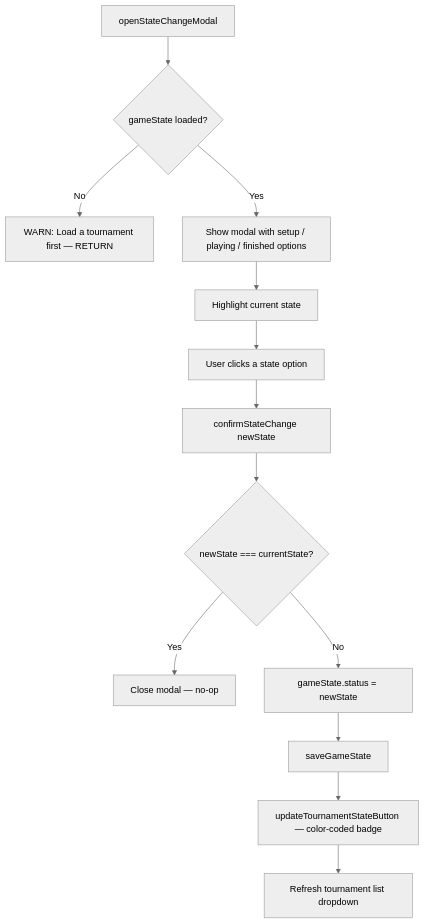
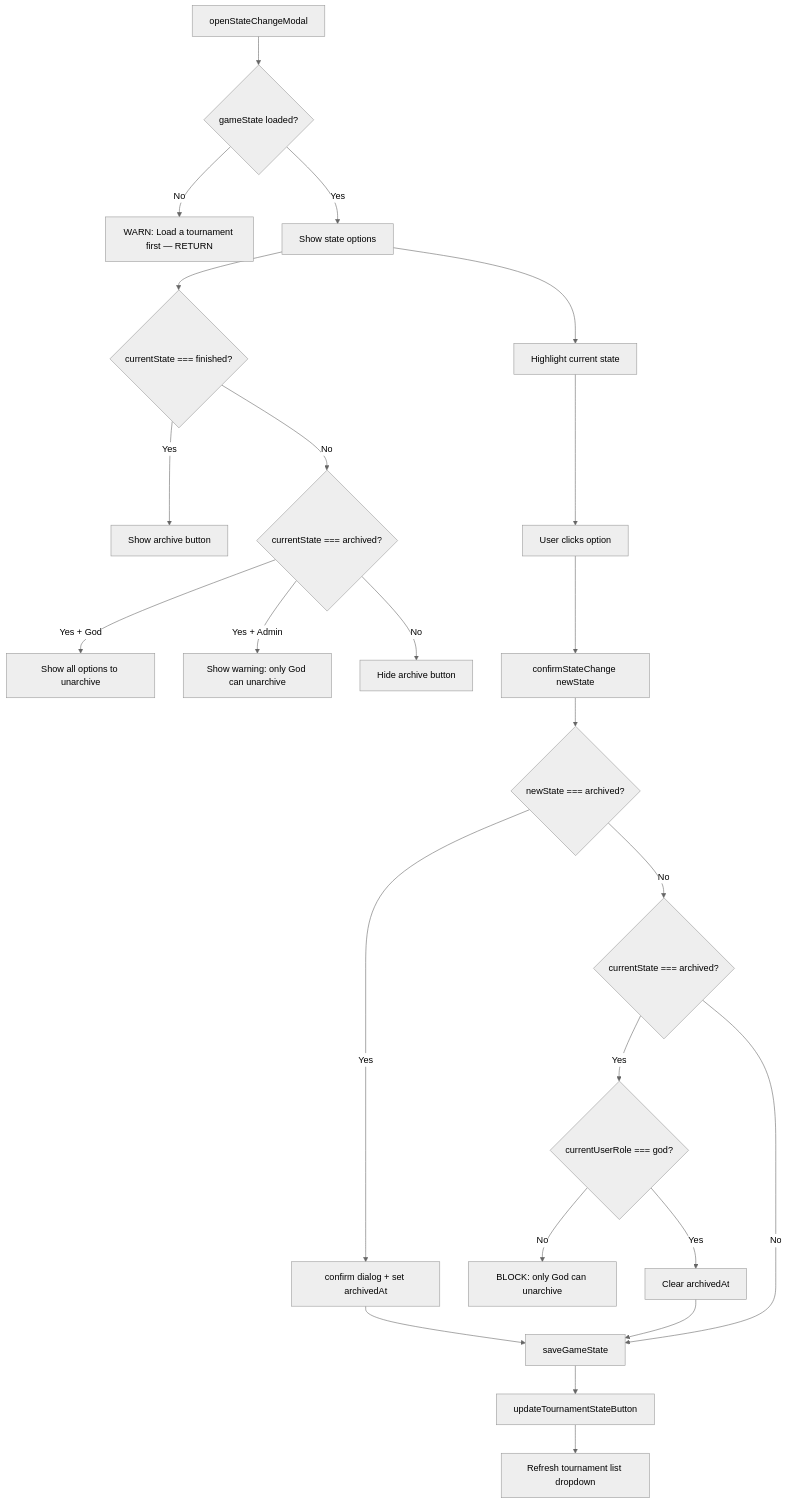
Before and after one commit to LNiitlahti/BoardGame: diagram 12 of 12 in BoardGame/docs/architecture/admin-lightweight.md, drawn with Mermaid (neutral theme). The commit also changed other lines of this file and 20 other files, not shown here.

````diff
--- a/BoardGame/docs/architecture/admin-lightweight.md
+++ b/BoardGame/docs/architecture/admin-lightweight.md
@@ -226,15 +234,26 @@
 ```mermaid
 flowchart TD
     A[openStateChangeModal] --> B{gameState loaded?}
     B -->|No| C[WARN: Load a tournament first — RETURN]
-    B -->|Yes| D[Show modal with setup / playing / finished options]
+    B -->|Yes| D[Show state options]
     D --> E[Highlight current state]
-    E --> F[User clicks a state option]
-    F --> G[confirmStateChange newState]
-    G --> H{newState === currentState?}
-    H -->|Yes| I[Close modal — no-op]
-    H -->|No| J[gameState.status = newState]
-    J --> K[saveGameState]
-    K --> L[updateTournamentStateButton — color-coded badge]
-    L --> M[Refresh tournament list dropdown]
+    D --> F{currentState === finished?}
+    F -->|Yes| G[Show archive button]
+    F -->|No| H{currentState === archived?}
+    H -->|Yes + God| I[Show all options to unarchive]
+    H -->|Yes + Admin| J[Show warning: only God can unarchive]
+    H -->|No| K[Hide archive button]
+    E --> L[User clicks option]
+    L --> M[confirmStateChange newState]
+    M --> N{newState === archived?}
+    N -->|Yes| O[confirm dialog + set archivedAt]
+    N -->|No| P{currentState === archived?}
+    P -->|Yes| Q{currentUserRole === god?}
+    Q -->|No| R[BLOCK: only God can unarchive]
+    Q -->|Yes| S[Clear archivedAt]
+    O --> T[saveGameState]
+    S --> T
+    P -->|No| T
+    T --> U[updateTournamentStateButton]
+    U --> V[Refresh tournament list dropdown]
 ```
````
